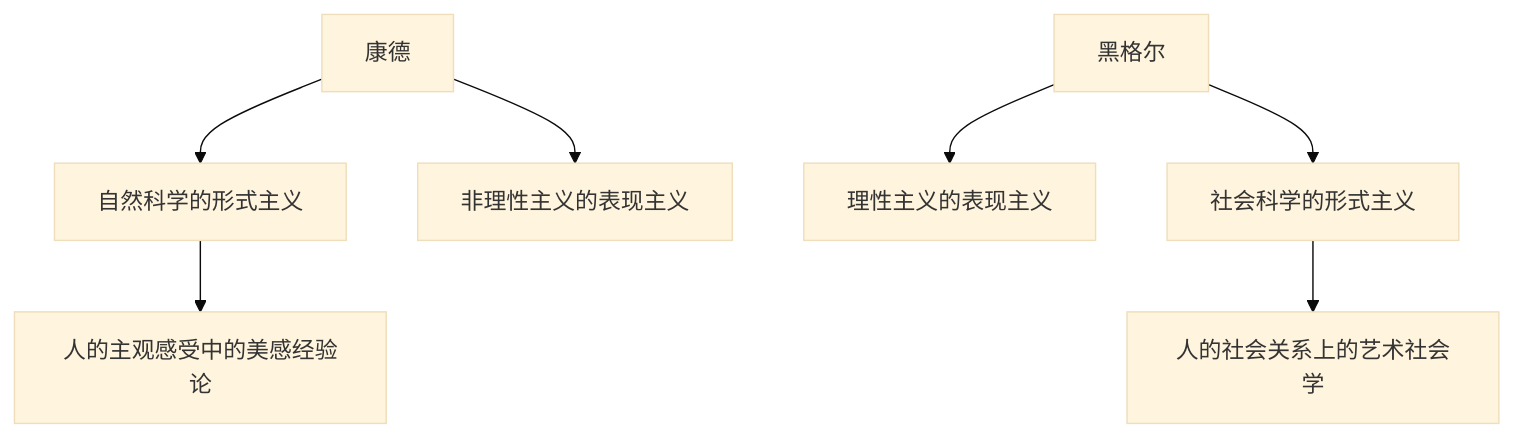
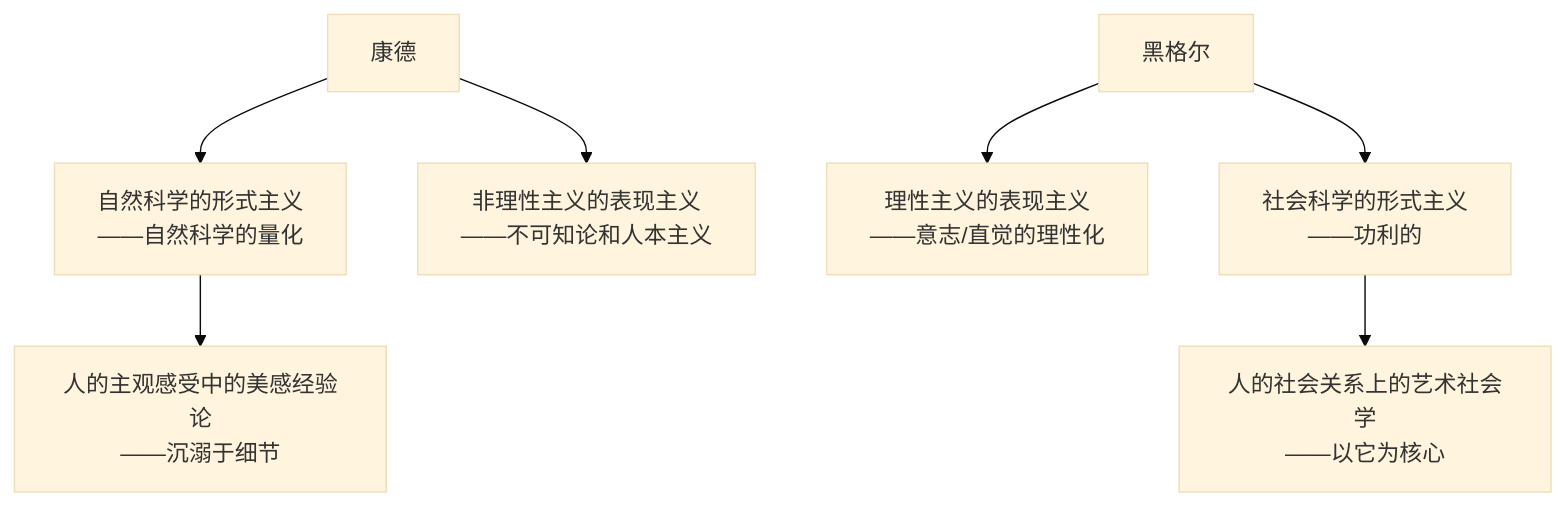
The fifth of 5 diagrams in Philosophy/art/dxm_art.md (gggliuye/gggliuye.github.io), drawn with Mermaid (base theme) before and after one commit. The commit also changed other lines of this file, not shown here.

```diff
--- a/Philosophy/art/dxm_art.md
+++ b/Philosophy/art/dxm_art.md
@@ -585,7 +585,13 @@
   <pre class="mermaid">
         graph TD
-        A[康德] --> B[自然科学的形式主义] --> G[人的主观感受中的美感经验论]
-        A --> C[非理性主义的表现主义]
-        D[黑格尔] --> E[理性主义的表现主义]
-        D --> F[社会科学的形式主义] --> H[人的社会关系上的艺术社会学]
+        A[康德] --> B["自然科学的形式主义
+        ——自然科学的量化"] --> G["人的主观感受中的美感经验论
+        ——沉溺于细节"]
+        A --> C["非理性主义的表现主义
+        ——不可知论和人本主义"]
+        D[黑格尔] --> E["理性主义的表现主义
+        ——意志/直觉的理性化"]
+        D --> F["社会科学的形式主义
+        ——功利的"] --> H["人的社会关系上的艺术社会学
+        ——以它为核心"]
   </pre>
```
